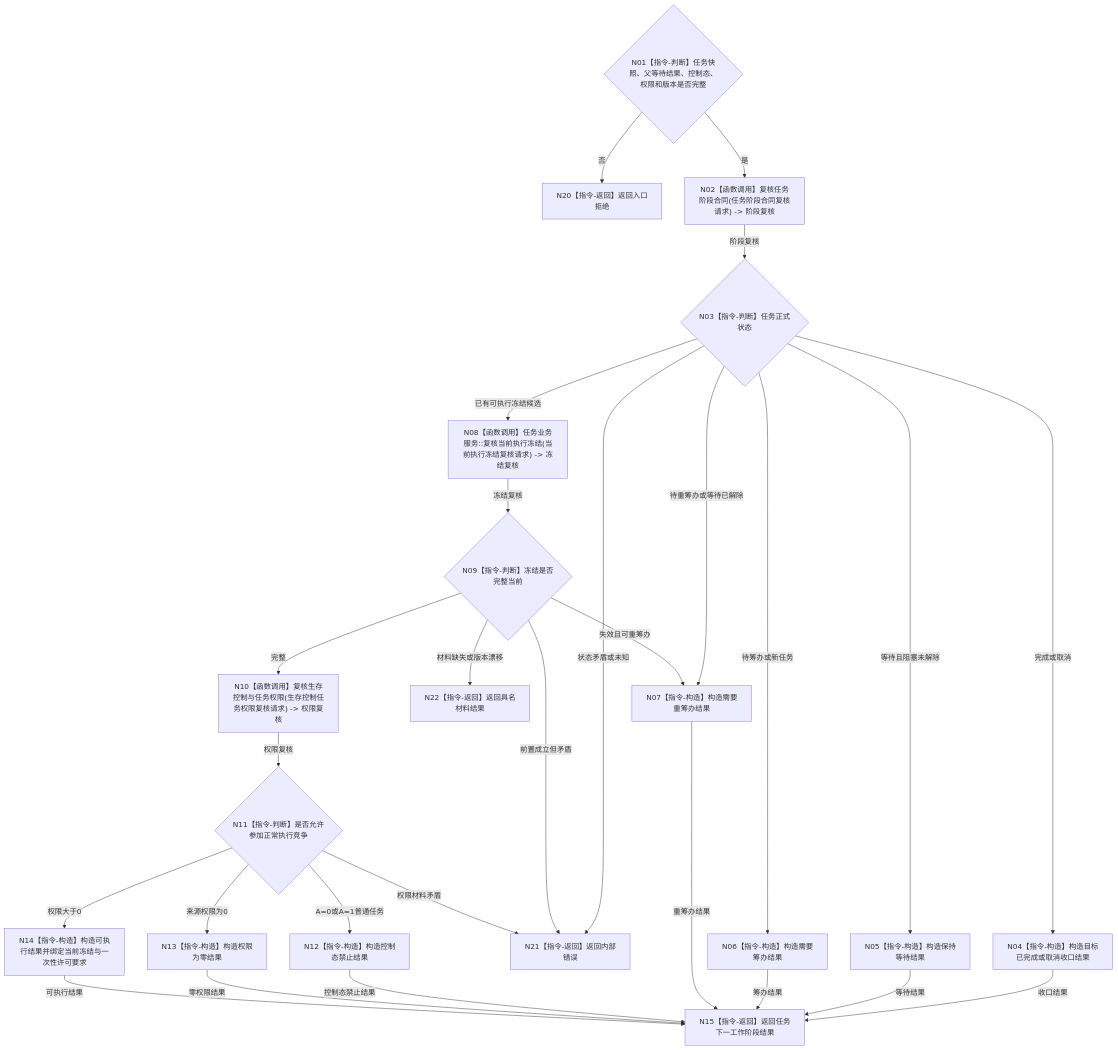
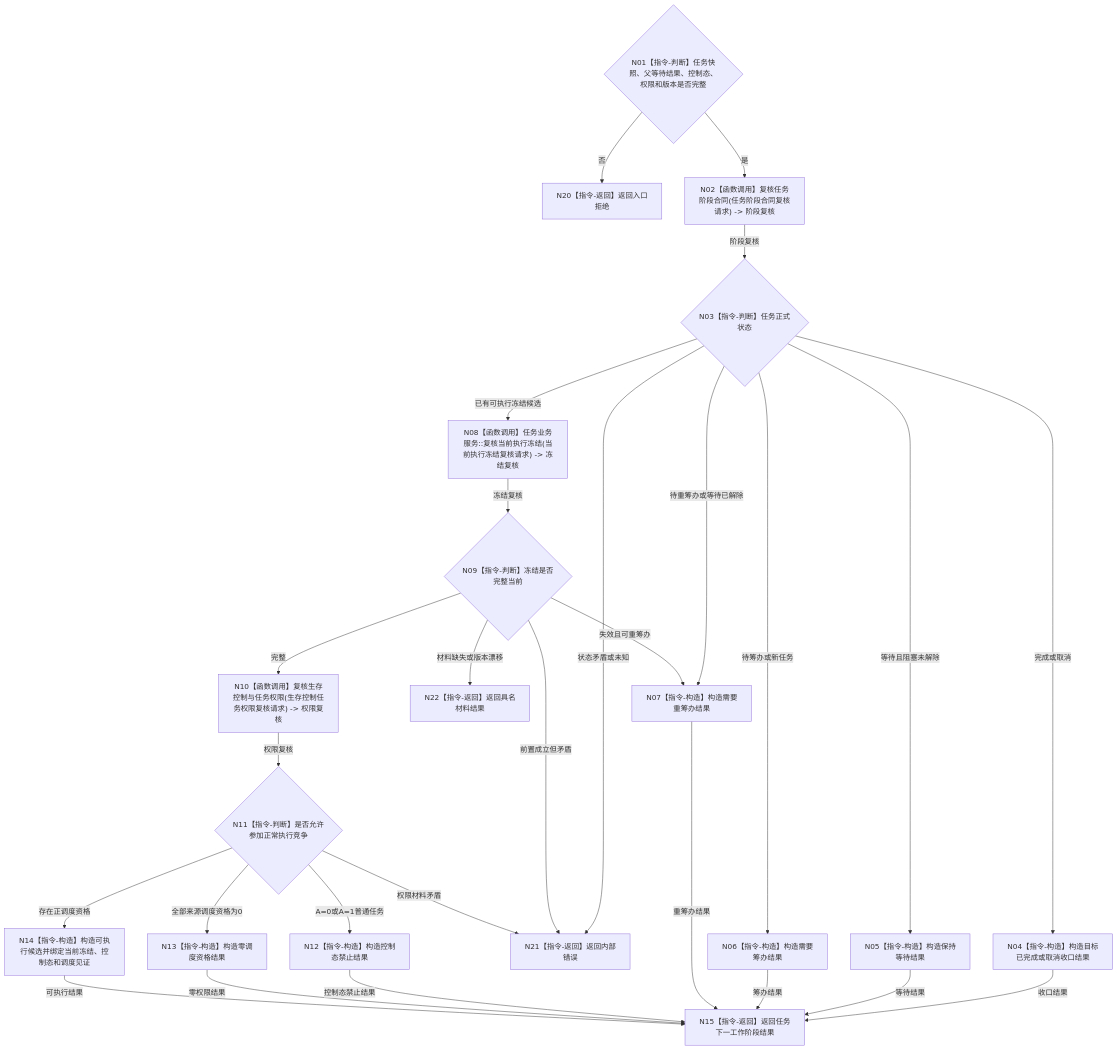
Before and after one commit to chunhaizh-cyber/HY-Ego: the diagram in 流程图/目标业务流程图/L2/BIZ-L2-004-13_裁决任务下一工作阶段_目标函数流程图_v0.1.md, drawn with Mermaid. The commit also changed other lines of this file and 35 other files, not shown here.

````diff
--- a/流程图/目标业务流程图/L2/BIZ-L2-004-13_裁决任务下一工作阶段_目标函数流程图_v0.1.md
+++ b/流程图/目标业务流程图/L2/BIZ-L2-004-13_裁决任务下一工作阶段_目标函数流程图_v0.1.md
@@ -32,29 +32,29 @@
 ```mermaid
 flowchart TD
     N01{"N01【指令-判断】任务快照、父等待结果、控制态、权限和版本是否完整"} -->|否| N20["N20【指令-返回】返回入口拒绝"]
     N01 -->|是| N02["N02【函数调用】复核任务阶段合同(任务阶段合同复核请求) -> 阶段复核"]
     N02 -->|阶段复核| N03{"N03【指令-判断】任务正式状态"}
     N03 -->|完成或取消| N04["N04【指令-构造】构造目标已完成或取消收口结果"]
     N03 -->|等待且阻塞未解除| N05["N05【指令-构造】构造保持等待结果"]
     N03 -->|待筹办或新任务| N06["N06【指令-构造】构造需要筹办结果"]
     N03 -->|待重筹办或等待已解除| N07["N07【指令-构造】构造需要重筹办结果"]
     N03 -->|已有可执行冻结候选| N08["N08【函数调用】任务业务服务::复核当前执行冻结(当前执行冻结复核请求) -> 冻结复核"]
     N03 -->|状态矛盾或未知| N21["N21【指令-返回】返回内部错误"]
     N08 -->|冻结复核| N09{"N09【指令-判断】冻结是否完整当前"}
     N09 -->|失效且可重筹办| N07
     N09 -->|材料缺失或版本漂移| N22["N22【指令-返回】返回具名材料结果"]
     N09 -->|前置成立但矛盾| N21
     N09 -->|完整| N10["N10【函数调用】复核生存控制与任务权限(生存控制任务权限复核请求) -> 权限复核"]
     N10 -->|权限复核| N11{"N11【指令-判断】是否允许参加正常执行竞争"}
     N11 -->|A=0或A=1普通任务| N12["N12【指令-构造】构造控制态禁止结果"]
-    N11 -->|来源权限为0| N13["N13【指令-构造】构造权限为零结果"]
-    N11 -->|权限大于0| N14["N14【指令-构造】构造可执行结果并绑定当前冻结与一次性许可要求"]
+    N11 -->|全部来源调度资格为0| N13["N13【指令-构造】构造零调度资格结果"]
+    N11 -->|存在正调度资格| N14["N14【指令-构造】构造可执行候选并绑定当前冻结、控制态和调度见证"]
     N11 -->|权限材料矛盾| N21
     N04 -->|收口结果| N15["N15【指令-返回】返回任务下一工作阶段结果"]
     N05 -->|等待结果| N15
     N06 -->|筹办结果| N15
     N07 -->|重筹办结果| N15
     N12 -->|控制态禁止结果| N15
     N13 -->|零权限结果| N15
     N14 -->|可执行结果| N15
 ```
````
